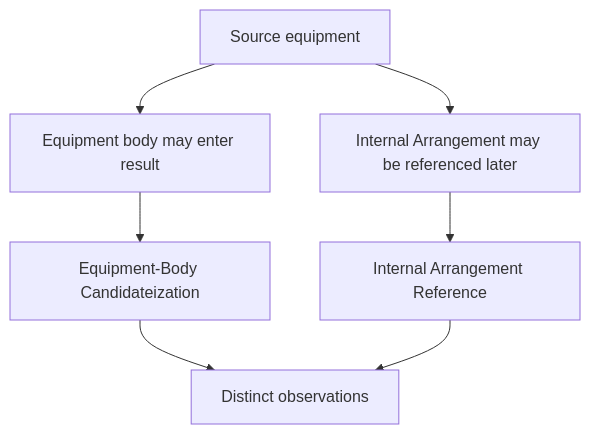
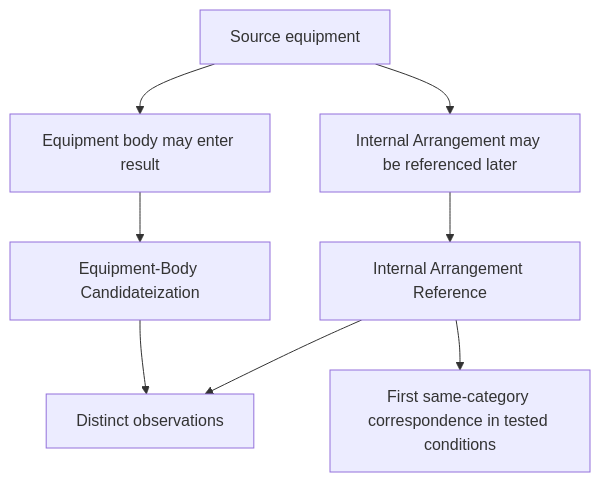
Before and after one commit to j13343sh/Rune-Factory-Inheritance-Research: the diagram in mermaid/rune-factory-recursive-processing-expansion-tree-en.mmd, drawn with Mermaid. The commit also changed 13 other files, not shown here.

```diff
--- a/mermaid/rune-factory-recursive-processing-expansion-tree-en.mmd
+++ b/mermaid/rune-factory-recursive-processing-expansion-tree-en.mmd
@@ -1,7 +1,8 @@
 flowchart TD
     A[Source equipment] --> B[Equipment body may enter result]
     A --> C[Internal Arrangement may be referenced later]
     B --> D[Equipment-Body Candidateization]
     C --> E[Internal Arrangement Reference]
+    E --> G[First same-category correspondence in tested conditions]
     D --> F[Distinct observations]
     E --> F
```
